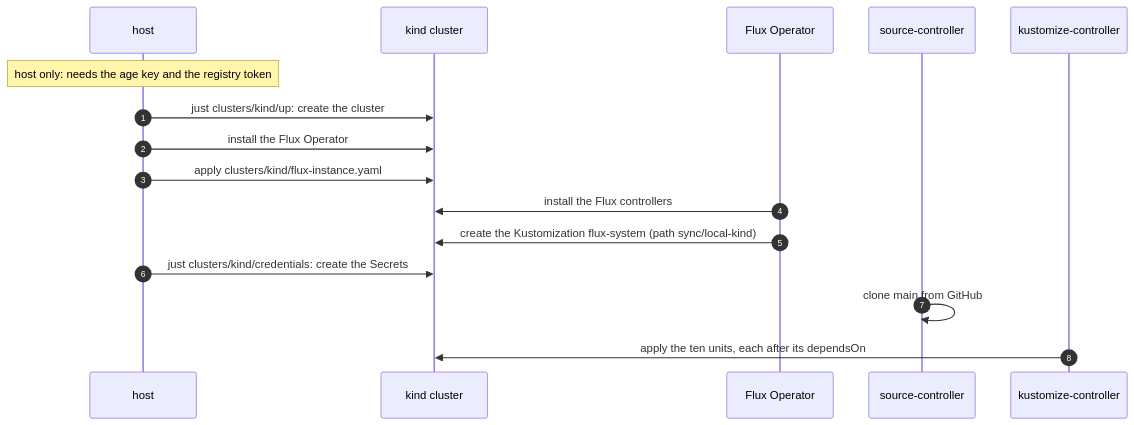
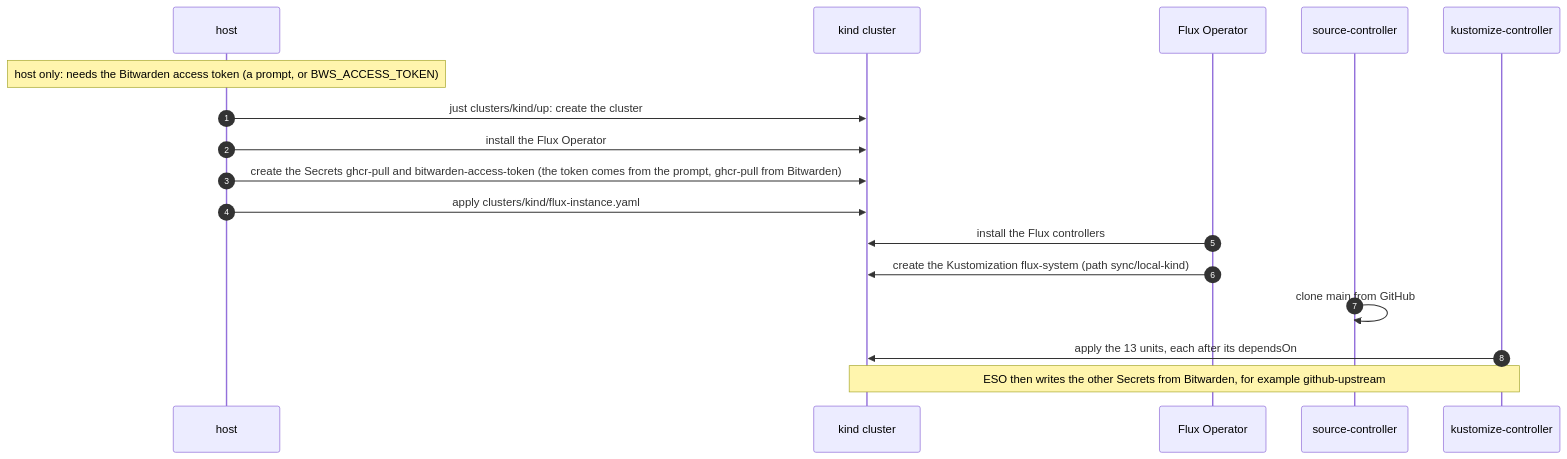
One commit to raghav19/engineersdaybook changed the first of 4 diagrams in code/mcp-sandbox/part-3-mcp-guardrails/docs/orchestration.md. Above: the diagram before and after it, drawn with Mermaid. The commit also changed other lines of this file and 26 other files, not shown here.

First line of the commit message:
Read Part 3 secrets from Bitwarden through ESO

````diff
--- a/code/mcp-sandbox/part-3-mcp-guardrails/docs/orchestration.md
+++ b/code/mcp-sandbox/part-3-mcp-guardrails/docs/orchestration.md
@@ -44,19 +44,20 @@
 ```mermaid
 sequenceDiagram
     autonumber
     participant H as host
     participant K as kind cluster
     participant O as Flux Operator
     participant S as source-controller
     participant C as kustomize-controller
 
-    Note over H: host only: needs the age key and the registry token
+    Note over H: host only: needs the Bitwarden access token (a prompt, or BWS_ACCESS_TOKEN)
     H->>K: just clusters/kind/up: create the cluster
     H->>K: install the Flux Operator
+    H->>K: create the Secrets ghcr-pull and bitwarden-access-token (the token comes from the prompt, ghcr-pull from Bitwarden)
     H->>K: apply clusters/kind/flux-instance.yaml
     O->>K: install the Flux controllers
     O->>K: create the Kustomization flux-system (path sync/local-kind)
-    H->>K: just clusters/kind/credentials: create the Secrets
     S->>S: clone main from GitHub
-    C->>K: apply the ten units, each after its dependsOn
+    C->>K: apply the 13 units, each after its dependsOn
+    Note over C,K: ESO then writes the other Secrets from Bitwarden, for example github-upstream
 ```
````
